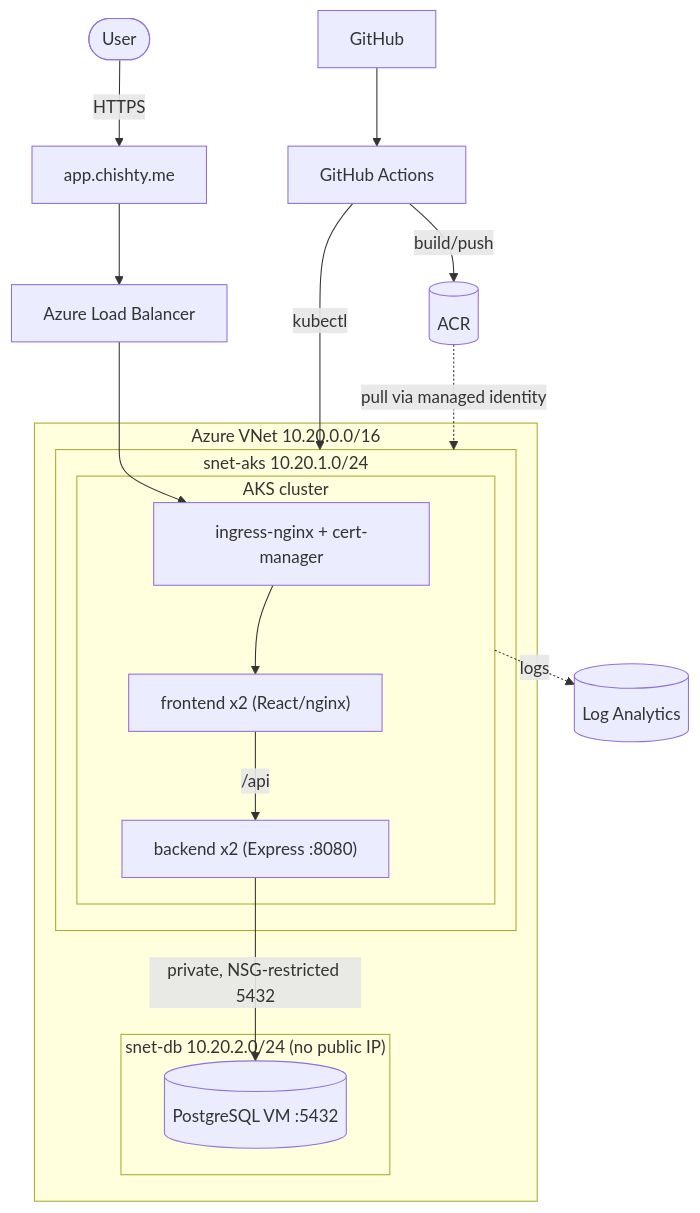
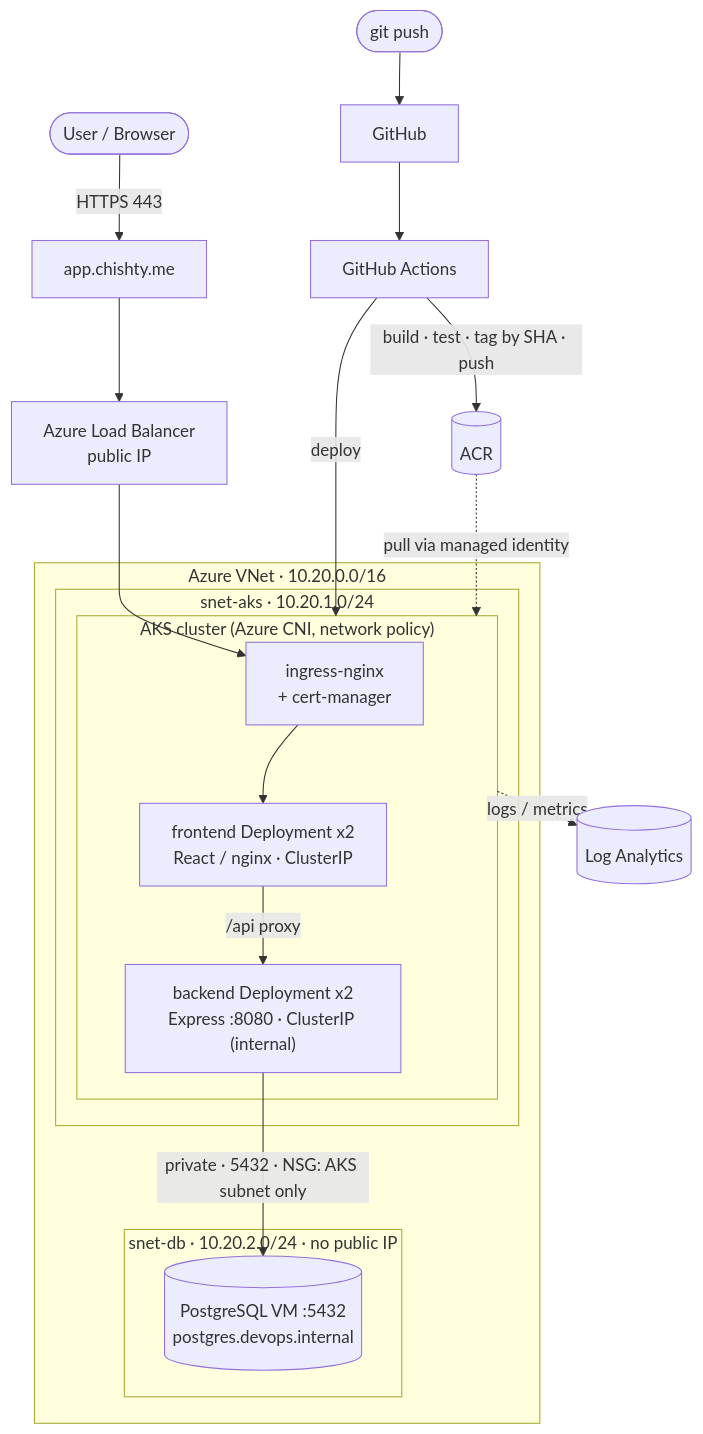
The diagram in README.md (chishty313/devops-project), drawn with Mermaid before and after one commit. The commit also changed other lines of this file and 1 other file, not shown here.

````diff
--- a/README.md
+++ b/README.md
@@ -15,26 +34,29 @@
 ```mermaid
 flowchart TD
-    USER([User]) -->|HTTPS| DNS[app.chishty.me]
-    DNS --> LB[Azure Load Balancer]
-    GH[GitHub] --> GHA[GitHub Actions] -->|build/push| ACR[(ACR)]
-    GHA -->|kubectl| AKS
+    USER([User / Browser]) -->|HTTPS 443| DNS[app.chishty.me]
+    DNS --> LB[Azure Load Balancer<br/>public IP]
 
-    subgraph VNET["Azure VNet 10.20.0.0/16"]
-      subgraph AKSNET["snet-aks 10.20.1.0/24"]
-        subgraph AKS["AKS cluster"]
-          ING[ingress-nginx + cert-manager]
-          FE["frontend x2 (React/nginx)"]
-          BE["backend x2 (Express :8080)"]
-          ING --> FE -->|/api| BE
+    DEV([git push]) --> GH[GitHub] --> GHA[GitHub Actions]
+    GHA -->|build · test · tag by SHA · push| ACR[(ACR)]
+    GHA -->|deploy| AKS
+
+    subgraph VNET["Azure VNet · 10.20.0.0/16"]
+      subgraph AKSNET["snet-aks · 10.20.1.0/24"]
+        subgraph AKS["AKS cluster (Azure CNI, network policy)"]
+          ING[ingress-nginx<br/>+ cert-manager]
+          FE["frontend Deployment x2<br/>React / nginx · ClusterIP"]
+          BE["backend Deployment x2<br/>Express :8080 · ClusterIP (internal)"]
+          ING --> FE
+          FE -->|/api proxy| BE
         end
       end
-      subgraph DBNET["snet-db 10.20.2.0/24 (no public IP)"]
-        PG[(PostgreSQL VM :5432)]
+      subgraph DBNET["snet-db · 10.20.2.0/24 · no public IP"]
+        PG[(PostgreSQL VM :5432<br/>postgres.devops.internal)]
       end
-      BE -->|private, NSG-restricted 5432| PG
+      BE -->|private · 5432 · NSG: AKS subnet only| PG
     end
 
     LB --> ING
     ACR -.->|pull via managed identity| AKS
-    AKS -.->|logs| LAW[(Log Analytics)]
+    AKS -.->|logs / metrics| LAW[(Log Analytics)]
 ```
````
